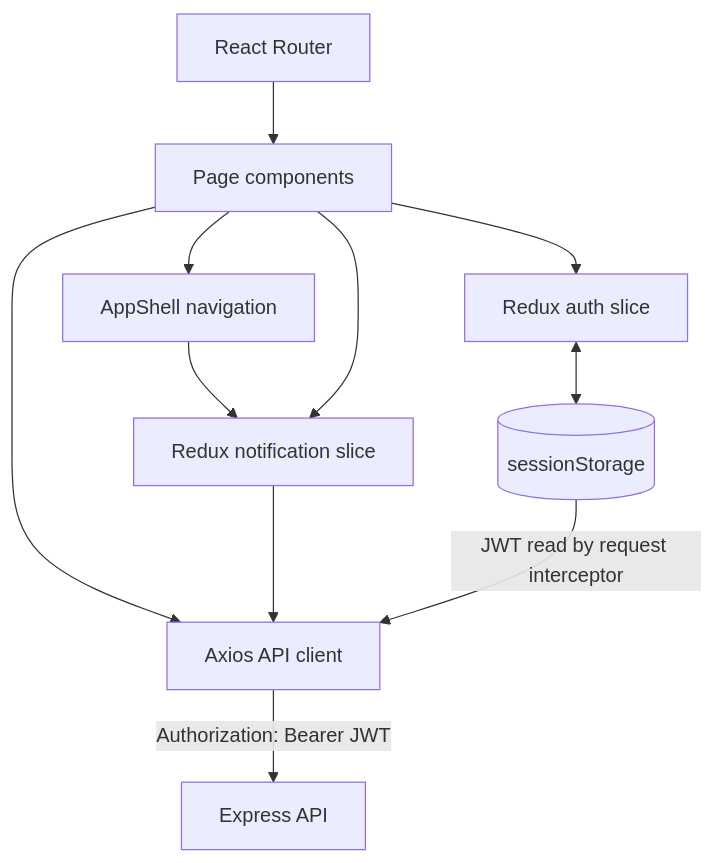
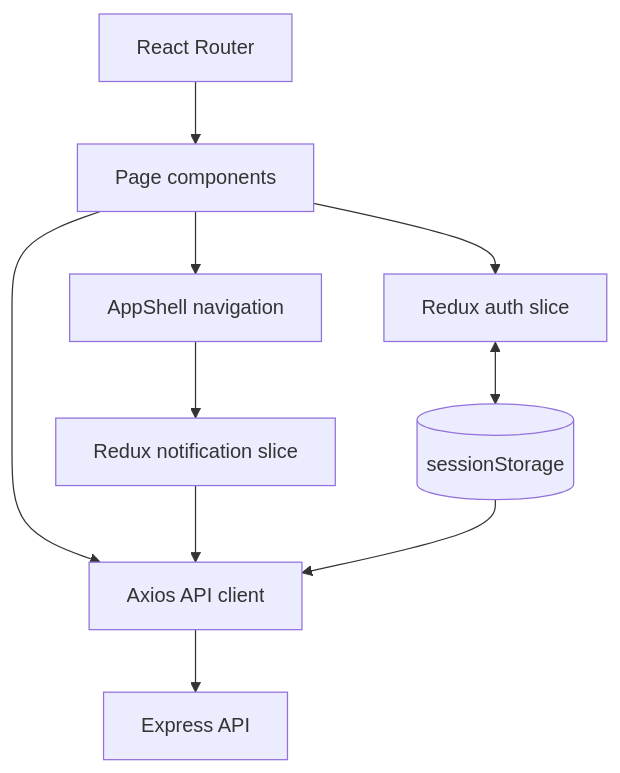
One commit to eeemrann/skillswap changed the second of 5 diagrams in README.md. Above: the diagram before and after it, drawn with Mermaid. The commit also changed other lines of this file and 1 other file, not shown here.

````diff
--- a/README.md
+++ b/README.md
@@ -84,21 +56,12 @@
 ```mermaid
 flowchart TD
-    Router["React Router"]
-    Pages["Page components"]
-    Shell["AppShell navigation"]
-    Auth["Redux auth slice"]
-    Notices["Redux notification slice"]
-    Axios["Axios API client"]
-    Storage[("sessionStorage")]
-
-    Router --> Pages
-    Pages --> Shell
-    Pages --> Auth
-    Shell --> Notices
-    Pages --> Notices
-    Pages --> Axios
-    Notices --> Axios
-    Auth <--> Storage
-    Storage -->|"JWT read by request interceptor"| Axios
-    Axios -->|"Authorization: Bearer JWT"| Backend["Express API"]
+    Router[React Router] --> Pages[Page components]
+    Pages --> Shell[AppShell navigation]
+    Pages --> Auth[Redux auth slice]
+    Shell --> Notices[Redux notification slice]
+    Pages --> APIClient[Axios API client]
+    Notices --> APIClient
+    Auth <--> Session[(sessionStorage)]
+    Session --> APIClient
+    APIClient --> Backend[Express API]
 ```
````
